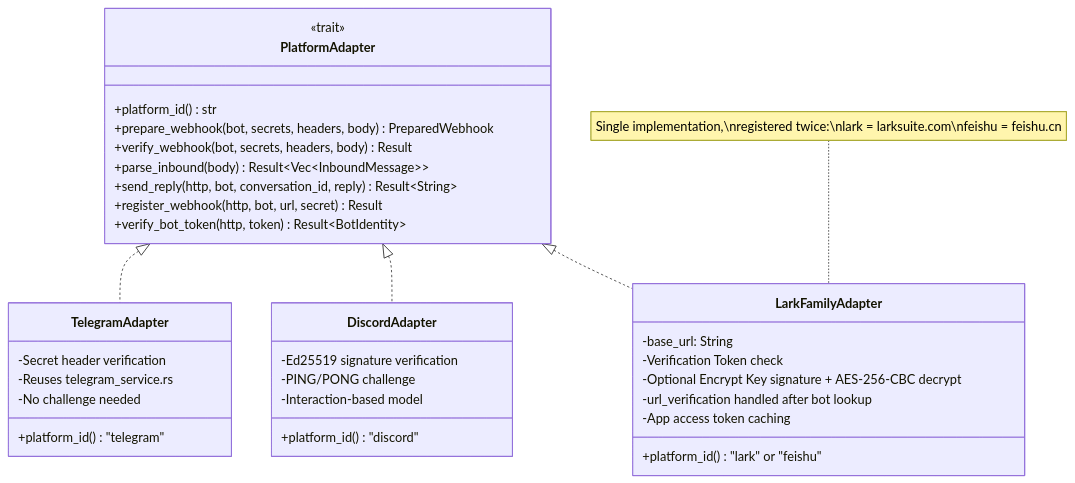
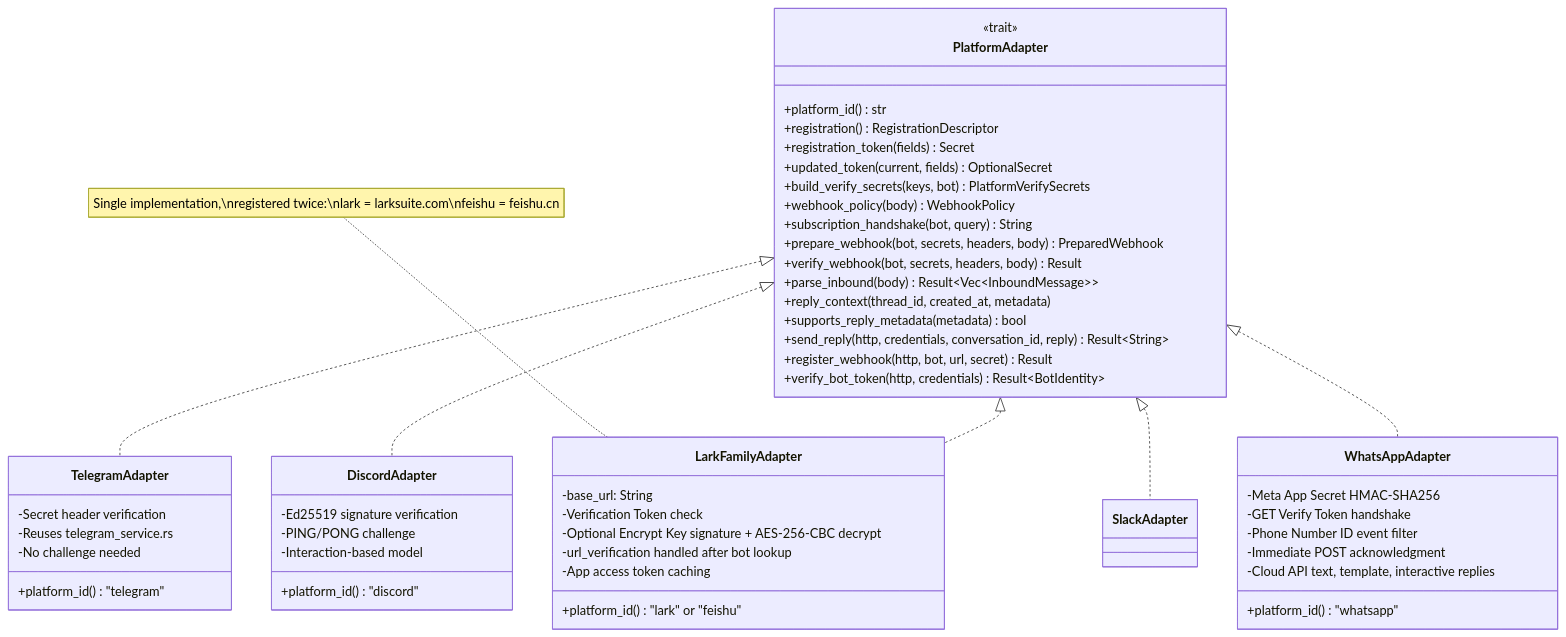
Before and after one commit to ChronoAIProject/NyxID: the eighth of 16 diagrams in docs/CHANNEL_BOT_RELAY.md, drawn with Mermaid. The commit also changed other lines of this file and 2 other files, not shown here.

Commit message:
docs(channels/whatsapp): document setup and relay constraints

````diff
--- a/docs/CHANNEL_BOT_RELAY.md
+++ b/docs/CHANNEL_BOT_RELAY.md
@@ -343,42 +343,61 @@
 ```mermaid
 classDiagram
     class PlatformAdapter {
         <<trait>>
         +platform_id() str
+        +registration() RegistrationDescriptor
+        +registration_token(fields) Secret
+        +updated_token(current, fields) OptionalSecret
+        +build_verify_secrets(keys, bot) PlatformVerifySecrets
+        +webhook_policy(body) WebhookPolicy
+        +subscription_handshake(bot, query) String
         +prepare_webhook(bot, secrets, headers, body) PreparedWebhook
         +verify_webhook(bot, secrets, headers, body) Result
         +parse_inbound(body) Result~Vec~InboundMessage~~
-        +send_reply(http, bot, conversation_id, reply) Result~String~
+        +reply_context(thread_id, created_at, metadata)
+        +supports_reply_metadata(metadata) bool
+        +send_reply(http, credentials, conversation_id, reply) Result~String~
         +register_webhook(http, bot, url, secret) Result
-        +verify_bot_token(http, token) Result~BotIdentity~
+        +verify_bot_token(http, credentials) Result~BotIdentity~
     }
 
     class TelegramAdapter {
         +platform_id() "telegram"
         -Secret header verification
         -Reuses telegram_service.rs
         -No challenge needed
     }
 
     class DiscordAdapter {
         +platform_id() "discord"
         -Ed25519 signature verification
         -PING/PONG challenge
         -Interaction-based model
     }
 
     class LarkFamilyAdapter {
         -base_url: String
         +platform_id() "lark" or "feishu"
         -Verification Token check
         -Optional Encrypt Key signature + AES-256-CBC decrypt
         -url_verification handled after bot lookup
         -App access token caching
     }
 
     PlatformAdapter <|.. TelegramAdapter
     PlatformAdapter <|.. DiscordAdapter
     PlatformAdapter <|.. LarkFamilyAdapter
+    PlatformAdapter <|.. SlackAdapter
+    PlatformAdapter <|.. WhatsAppAdapter
+
+    class WhatsAppAdapter {
+        +platform_id() "whatsapp"
+        -Meta App Secret HMAC-SHA256
+        -GET Verify Token handshake
+        -Phone Number ID event filter
+        -Immediate POST acknowledgment
+        -Cloud API text, template, interactive replies
+    }
 
     note for LarkFamilyAdapter "Single implementation,\nregistered twice:\nlark = larksuite.com\nfeishu = feishu.cn"
 ```
````
